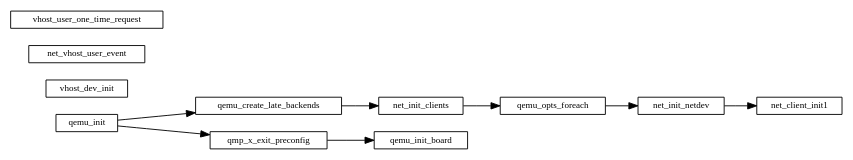
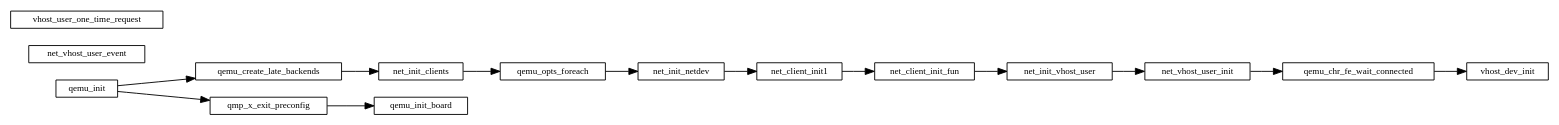
The diagram in qemu/qemu初始化.md (sisyphus1212/note), drawn with Graphviz before and after one commit.

Commit message:
auto_update

````diff
--- a/qemu/qemu初始化.md
+++ b/qemu/qemu初始化.md
@@ -11,21 +11,21 @@
 ```graphviz
 digraph {
     fontname="Helvetica,Arial,sans-serif"
     //node [fontname="Helvetica,Arial,sans-serif"]
     //edge [fontname="Helvetica,Arial,sans-serif"]
     rankdir="LR"
     node [fontsize=10, shape=record, height=0.25]
     edge [fontsize=10]
 
     qemu_init -> qemu_create_late_backends -> net_init_clients -> qemu_opts_foreach -> net_init_netdev -> net_client_init1
-    // -> net_client_init_fun[netdev->type](netdev, netdev->id, peer, errp) -> net_init_vhost_user -> net_vhost_user_init -> qemu_chr_fe_wait_connected -> vhost_dev_init
+    -> net_client_init_fun -> net_init_vhost_user -> net_vhost_user_init -> qemu_chr_fe_wait_connected -> vhost_dev_init
 
     qemu_init -> qmp_x_exit_preconfig -> qemu_init_board // 初始化cpu 内存
 
     vhost_dev_init
 
     net_vhost_user_event
 
     vhost_user_one_time_request
 }
 ```
````
